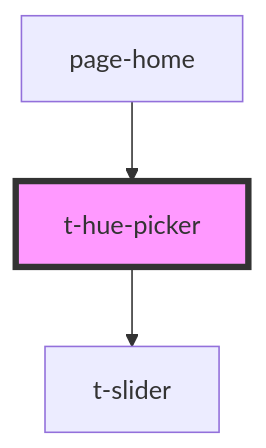
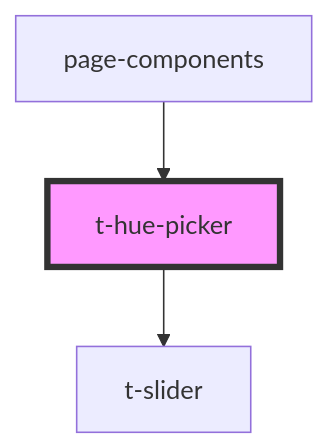
Before and after one commit to TomasEng/web-components: the diagram in packages/stencil/src/components/t-hue-picker/readme.md, drawn with Mermaid. The commit also changed other lines of this file and 37 other files, not shown here.

````diff
--- a/packages/stencil/src/components/t-hue-picker/readme.md
+++ b/packages/stencil/src/components/t-hue-picker/readme.md
@@ -34,6 +34,6 @@
 ```mermaid
 graph TD;
   t-hue-picker --> t-slider
-  page-home --> t-hue-picker
+  page-components --> t-hue-picker
   style t-hue-picker fill:#f9f,stroke:#333,stroke-width:4px
 ```
````
